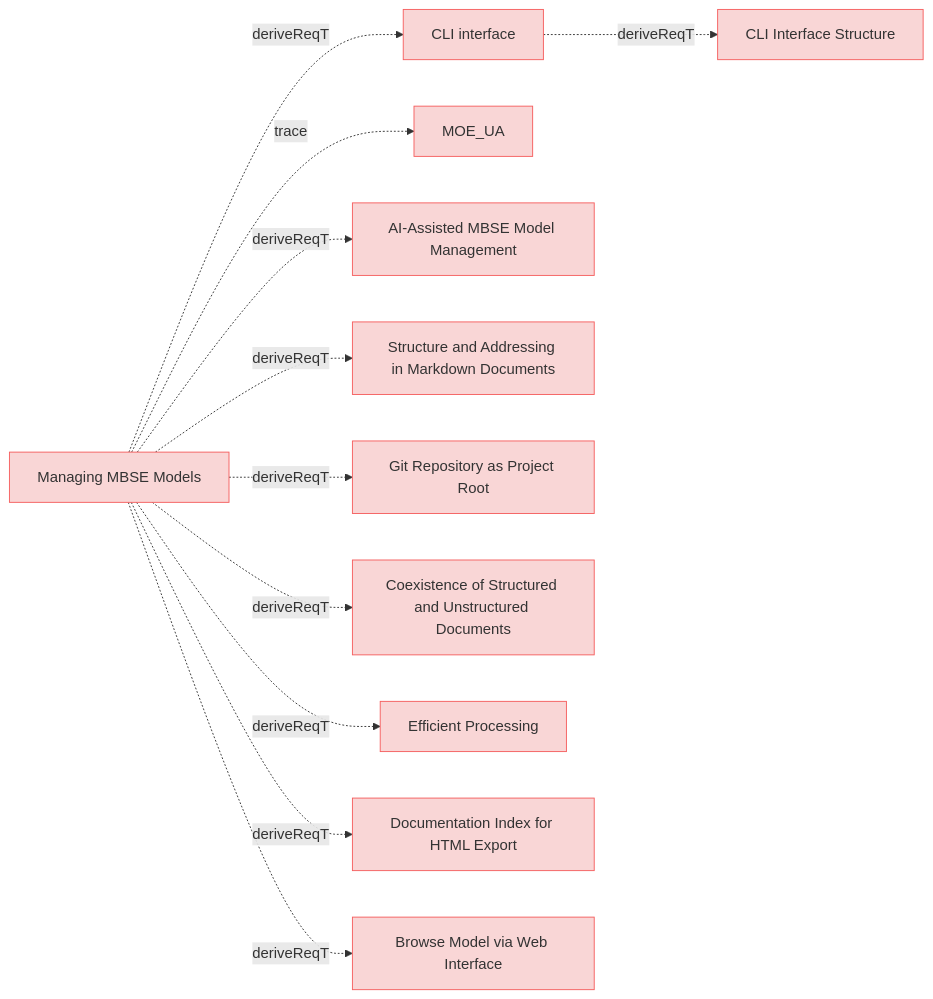
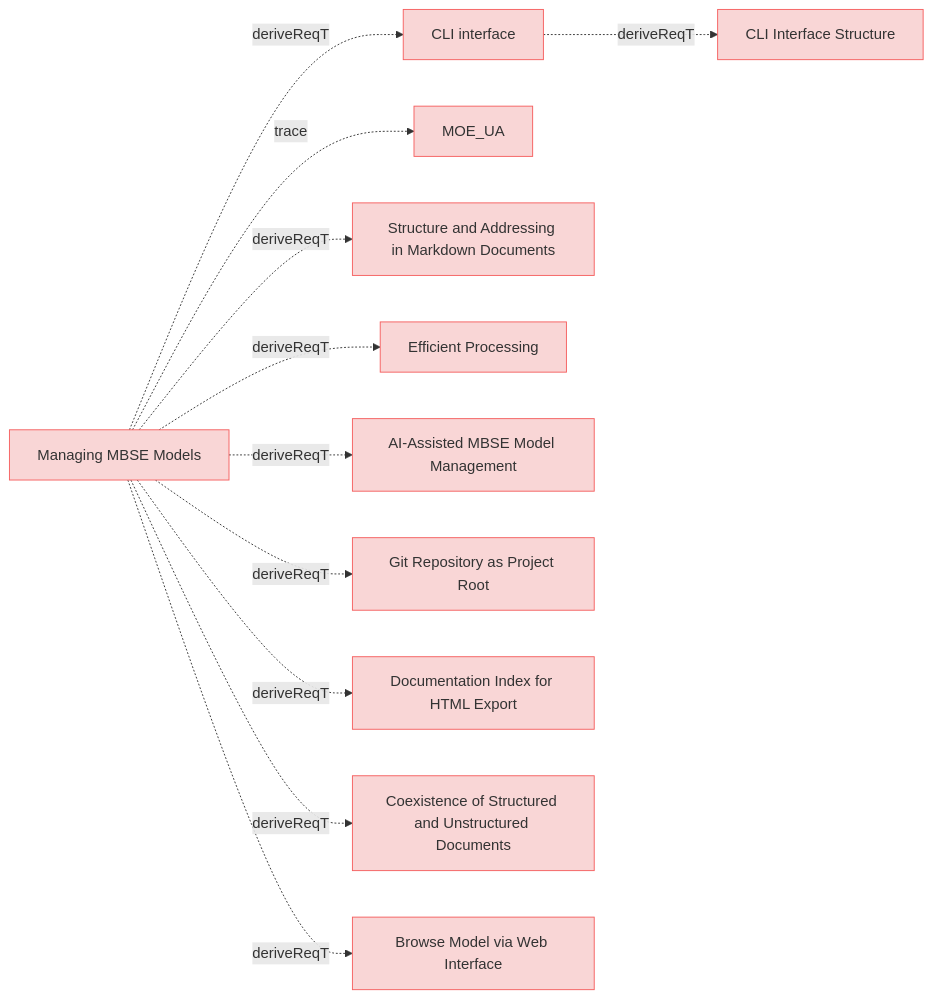
Before and after one commit to reqvire-org/reqvire: the ninth of 9 diagrams in specifications/UserRequirements.md, drawn with Mermaid. The commit also changed other lines of this file and 20 other files, not shown here.

````diff
--- a/specifications/UserRequirements.md
+++ b/specifications/UserRequirements.md
@@ -1115,53 +1102,53 @@
 ```mermaid
 graph LR;
   %% REQVIRE-AUTOGENERATED-DIAGRAM
   %% Graph styling
   classDef requirement fill:#f9d6d6,stroke:#f55f5f,stroke-width:1px;
   classDef verification fill:#d6f9d6,stroke:#5fd75f,stroke-width:1px;
   classDef externalLink fill:#d0e0ff,stroke:#3080ff,stroke-width:1px;
   classDef default fill:#f5f5f5,stroke:#333333,stroke-width:1px;
 
   f28849d46c19af44["CLI interface"];
   class f28849d46c19af44 requirement;
   click f28849d46c19af44 "UserRequirements.md#cli-interface";
   8f22faacdb454b23["CLI Interface Structure"];
   class 8f22faacdb454b23 requirement;
   click 8f22faacdb454b23 "SystemRequirements/Requirements.md#cli-interface-structure";
   f28849d46c19af44 -.->|deriveReqT| 8f22faacdb454b23;
   e61b7c1baa89bfc6["Managing MBSE Models"];
   class e61b7c1baa89bfc6 requirement;
   click e61b7c1baa89bfc6 "UserStories.md#managing-mbse-models";
   2c5f30f14e792200["MOE_UA"];
   class 2c5f30f14e792200 requirement;
   click 2c5f30f14e792200 "MOEs.md#moe_ua";
   e61b7c1baa89bfc6 -.->|trace| 2c5f30f14e792200;
+  ade67c27bc5d3bbd["Structure and Addressing in Markdown Documents"];
+  class ade67c27bc5d3bbd requirement;
+  click ade67c27bc5d3bbd "SpecificationsRequirements.md#structure-and-addressing-in-markdown-documents";
+  e61b7c1baa89bfc6 -.->|deriveReqT| ade67c27bc5d3bbd;
+  d193d11c43776bec["Efficient Processing"];
+  class d193d11c43776bec requirement;
+  click d193d11c43776bec "ManagingMbseModelsRequirements.md#efficient-processing";
+  e61b7c1baa89bfc6 -.->|deriveReqT| d193d11c43776bec;
   cd2d5dab49985ca2["AI-Assisted MBSE Model Management"];
   class cd2d5dab49985ca2 requirement;
   click cd2d5dab49985ca2 "UserStories.md#ai-assisted-mbse-model-management";
   e61b7c1baa89bfc6 -.->|deriveReqT| cd2d5dab49985ca2;
-  ade67c27bc5d3bbd["Structure and Addressing in Markdown Documents"];
-  class ade67c27bc5d3bbd requirement;
-  click ade67c27bc5d3bbd "SpecificationsRequirements.md#structure-and-addressing-in-markdown-documents";
-  e61b7c1baa89bfc6 -.->|deriveReqT| ade67c27bc5d3bbd;
   649d72765b13e14f["Git Repository as Project Root"];
   class 649d72765b13e14f requirement;
   click 649d72765b13e14f "ManagingMbseModelsRequirements.md#git-repository-as-project-root";
   e61b7c1baa89bfc6 -.->|deriveReqT| 649d72765b13e14f;
+  2f4125edaacb1231["Documentation Index for HTML Export"];
+  class 2f4125edaacb1231 requirement;
+  click 2f4125edaacb1231 "UserRequirements.md#documentation-index-for-html-export";
+  e61b7c1baa89bfc6 -.->|deriveReqT| 2f4125edaacb1231;
   f0d721424636370e["Coexistence of Structured and Unstructured Documents"];
   class f0d721424636370e requirement;
   click f0d721424636370e "ManagingMbseModelsRequirements.md#coexistence-of-structured-and-unstructured-documents";
   e61b7c1baa89bfc6 -.->|deriveReqT| f0d721424636370e;
-  d193d11c43776bec["Efficient Processing"];
-  class d193d11c43776bec requirement;
-  click d193d11c43776bec "ManagingMbseModelsRequirements.md#efficient-processing";
-  e61b7c1baa89bfc6 -.->|deriveReqT| d193d11c43776bec;
-  e61b7c1baa89bfc6 -.->|deriveReqT| f28849d46c19af44;
-  2f4125edaacb1231["Documentation Index for HTML Export"];
-  class 2f4125edaacb1231 requirement;
-  click 2f4125edaacb1231 "UserRequirements.md#documentation-index-for-html-export";
-  e61b7c1baa89bfc6 -.->|deriveReqT| 2f4125edaacb1231;
   a44b59684c593d1e["Browse Model via Web Interface"];
   class a44b59684c593d1e requirement;
   click a44b59684c593d1e "UserRequirements.md#browse-model-via-web-interface";
   e61b7c1baa89bfc6 -.->|deriveReqT| a44b59684c593d1e;
+  e61b7c1baa89bfc6 -.->|deriveReqT| f28849d46c19af44;
 ```
````
